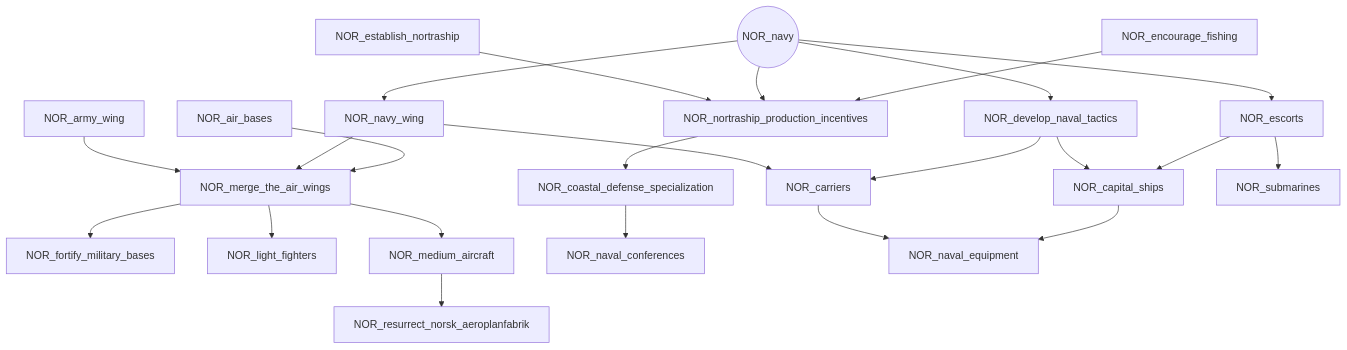
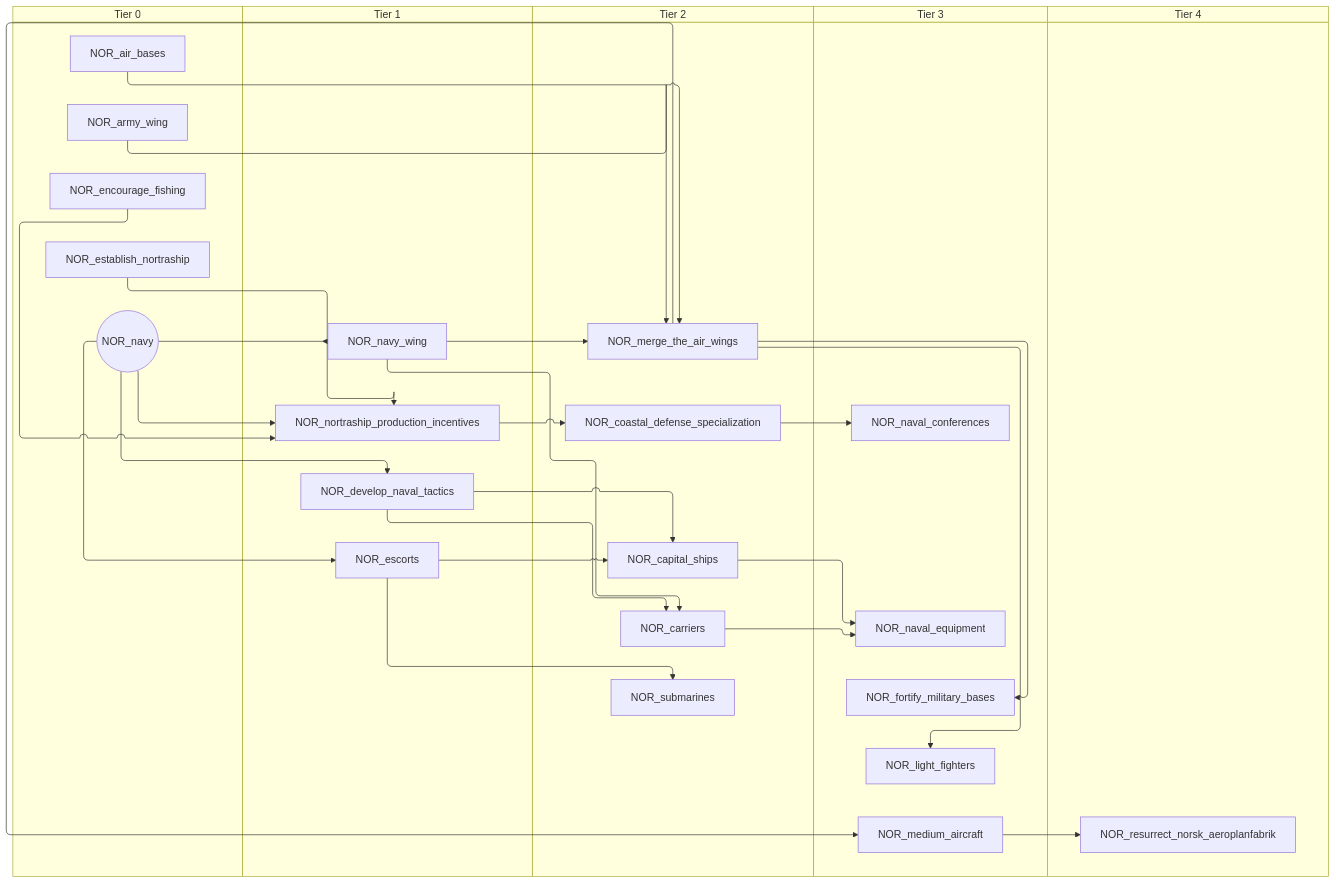
One commit to evgeny-sobol/hoi4-sandbox-mode-r56 changed the seventh of 9 diagrams in docs/gdd/National Focuses/r56/r56_norway.md. Above: the diagram before and after it, drawn with Mermaid. The commit also changed other lines of this file and 423 other files, not shown here.

First line of the commit message:
Re-export Rt56 focus trees as swimlane diagrams

````diff
--- a/docs/gdd/National Focuses/r56/r56_norway.md
+++ b/docs/gdd/National Focuses/r56/r56_norway.md
@@ -177,45 +233,55 @@
 ```mermaid
-flowchart TD
-    n1["NOR_air_bases"]
-    n2["NOR_army_wing"]
-    n44["NOR_capital_ships"]
-    n45["NOR_carriers"]
-    n36["NOR_coastal_defense_specialization"]
-    n46["NOR_develop_naval_tactics"]
-    n37["NOR_encourage_fishing"]
-    n47["NOR_escorts"]
-    n38["NOR_establish_nortraship"]
-    n3["NOR_fortify_military_bases"]
-    n4["NOR_light_fighters"]
-    n5["NOR_medium_aircraft"]
-    n6["NOR_merge_the_air_wings"]
-    n40["NOR_naval_conferences"]
-    n48["NOR_naval_equipment"]
-    n41(("NOR_navy"))
-    n7["NOR_navy_wing"]
-    n42["NOR_nortraship_production_incentives"]
-    n8["NOR_resurrect_norsk_aeroplanfabrik"]
-    n49["NOR_submarines"]
-    n47 --> n44
-    n46 --> n44
-    n46 --> n45
-    n7 --> n45
-    n42 --> n36
-    n41 --> n46
-    n41 --> n47
-    n6 --> n3
-    n6 --> n4
-    n6 --> n5
-    n1 --> n6
-    n7 --> n6
-    n2 --> n6
+swimlane-beta TD
+    subgraph tier_0["Tier 0"]
+        n1["NOR_air_bases"]
+        n2["NOR_army_wing"]
+        n36["NOR_encourage_fishing"]
+        n37["NOR_establish_nortraship"]
+        n38(("NOR_navy"))
+    end
+    subgraph tier_1["Tier 1"]
+        n44["NOR_develop_naval_tactics"]
+        n45["NOR_escorts"]
+        n3["NOR_navy_wing"]
+        n40["NOR_nortraship_production_incentives"]
+    end
+    subgraph tier_2["Tier 2"]
+        n46["NOR_capital_ships"]
+        n47["NOR_carriers"]
+        n41["NOR_coastal_defense_specialization"]
+        n4["NOR_merge_the_air_wings"]
+        n48["NOR_submarines"]
+    end
+    subgraph tier_3["Tier 3"]
+        n5["NOR_fortify_military_bases"]
+        n6["NOR_light_fighters"]
+        n7["NOR_medium_aircraft"]
+        n42["NOR_naval_conferences"]
+        n49["NOR_naval_equipment"]
+    end
+    subgraph tier_4["Tier 4"]
+        n8["NOR_resurrect_norsk_aeroplanfabrik"]
+    end
+    n45 --> n46
+    n44 --> n46
+    n44 --> n47
+    n3 --> n47
+    n40 --> n41
+    n38 --> n44
+    n38 --> n45
+    n4 --> n5
+    n4 --> n6
+    n4 --> n7
+    n1 --> n4
+    n3 --> n4
+    n2 --> n4
+    n41 --> n42
+    n46 --> n49
+    n47 --> n49
+    n38 --> n3
     n36 --> n40
-    n44 --> n48
+    n38 --> n40
+    n37 --> n40
+    n7 --> n8
     n45 --> n48
-    n41 --> n7
-    n37 --> n42
-    n41 --> n42
-    n38 --> n42
-    n5 --> n8
-    n47 --> n49
 ```
````
